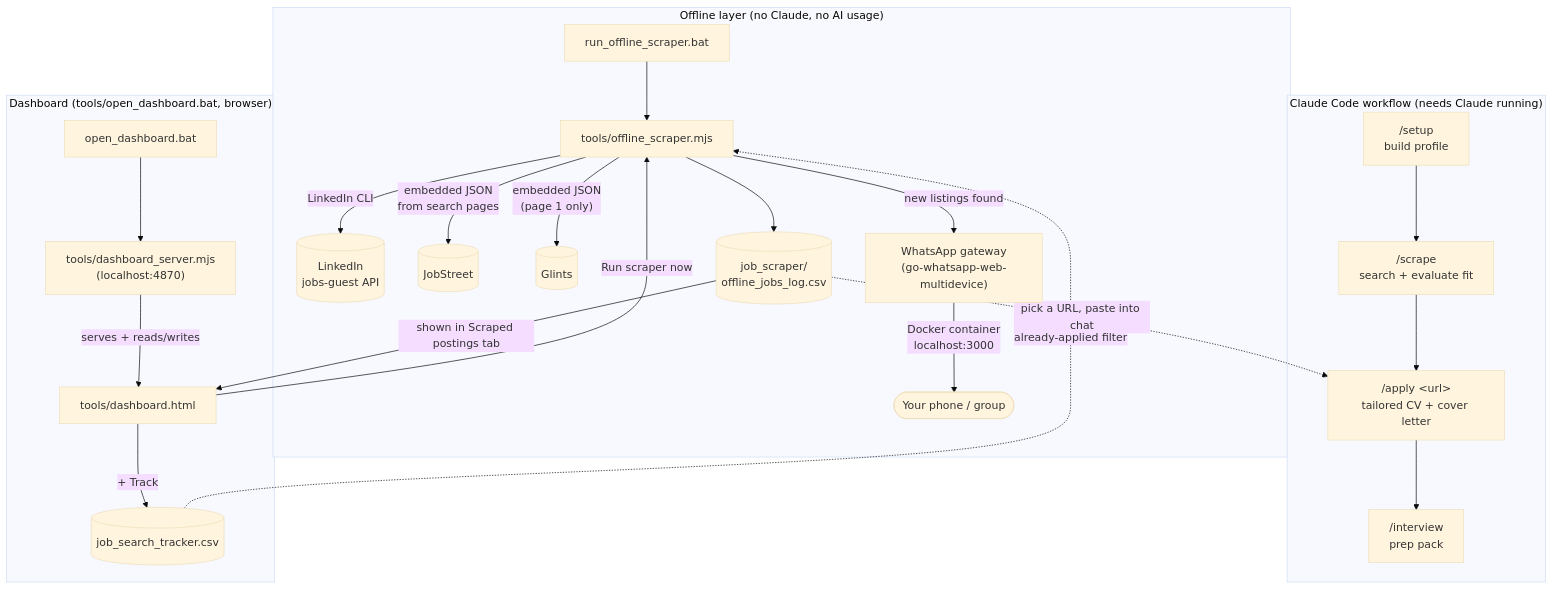
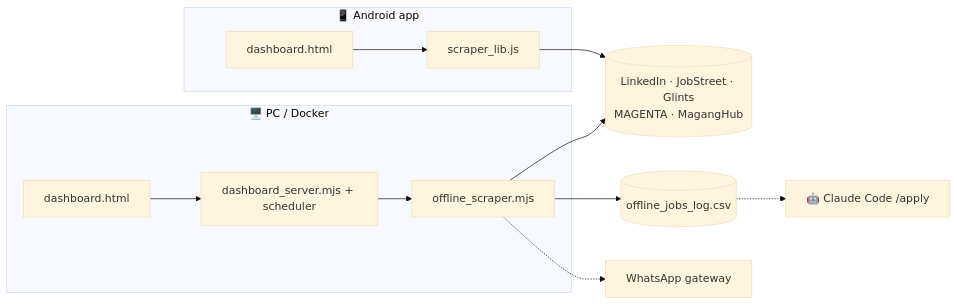
The diagram in README.md (afprayogi/ai-internship-search-proto), drawn with Mermaid (base theme) before and after one commit. The commit also changed other lines of this file and 6 other files, not shown here.

````diff
--- a/README.md
+++ b/README.md
@@ -36,29 +109,14 @@
 ```mermaid
-flowchart TD
-    subgraph claude["Claude Code workflow (needs Claude running)"]
-        setup["/setup\nbuild profile"] --> scrape["/scrape\nsearch + evaluate fit"]
-        scrape --> apply["/apply &lt;url&gt;\ntailored CV + cover letter"]
-        apply --> interview["/interview\nprep pack"]
-    end
-
-    subgraph offline["Offline layer (no Claude, no AI usage)"]
-        bat["run_offline_scraper.bat"] --> scraper["tools/offline_scraper.mjs"]
-        scraper -->|"LinkedIn CLI"| li[("LinkedIn\njobs-guest API")]
-        scraper -->|"embedded JSON\nfrom search pages"| js[("JobStreet")]
-        scraper -->|"embedded JSON\n(page 1 only)"| gl[("Glints")]
-        scraper --> csv[("job_scraper/\noffline_jobs_log.csv")]
-        scraper -->|"new listings found"| wa["WhatsApp gateway\n(go-whatsapp-web-multidevice)"]
-        wa -->|"Docker container\nlocalhost:3000"| phone(["Your phone / group"])
-    end
-
-    subgraph dash["Dashboard (tools/open_dashboard.bat, browser)"]
-        dbat["open_dashboard.bat"] --> dserver["tools/dashboard_server.mjs\n(localhost:4870)"]
-        dserver -->|"serves + reads/writes"| dhtml["tools/dashboard.html"]
-        dhtml -->|"Run scraper now"| scraper
-        dhtml -->|"+ Track"| tracker[("job_search_tracker.csv")]
-    end
-
-    csv -.->|"pick a URL, paste into chat"| apply
-    csv -->|"shown in Scraped postings tab"| dhtml
-    tracker -.->|"already-applied filter"| scraper
+flowchart LR
+  subgraph app["📱 Android app"]
+    ui1["dashboard.html"] --> lib["scraper_lib.js"]
+  end
+  subgraph pc["🖥️ PC / Docker"]
+    ui2["dashboard.html"] --> srv["dashboard_server.mjs + scheduler"] --> scr["offline_scraper.mjs"]
+  end
+  lib --> P
+  scr --> P[("LinkedIn · JobStreet · Glints\nMAGENTA · MagangHub")]
+  scr --> csv[("offline_jobs_log.csv")]
+  scr -.-> wa["WhatsApp gateway"]
+  csv -.-> claude["🤖 Claude Code /apply"]
 ```
````
